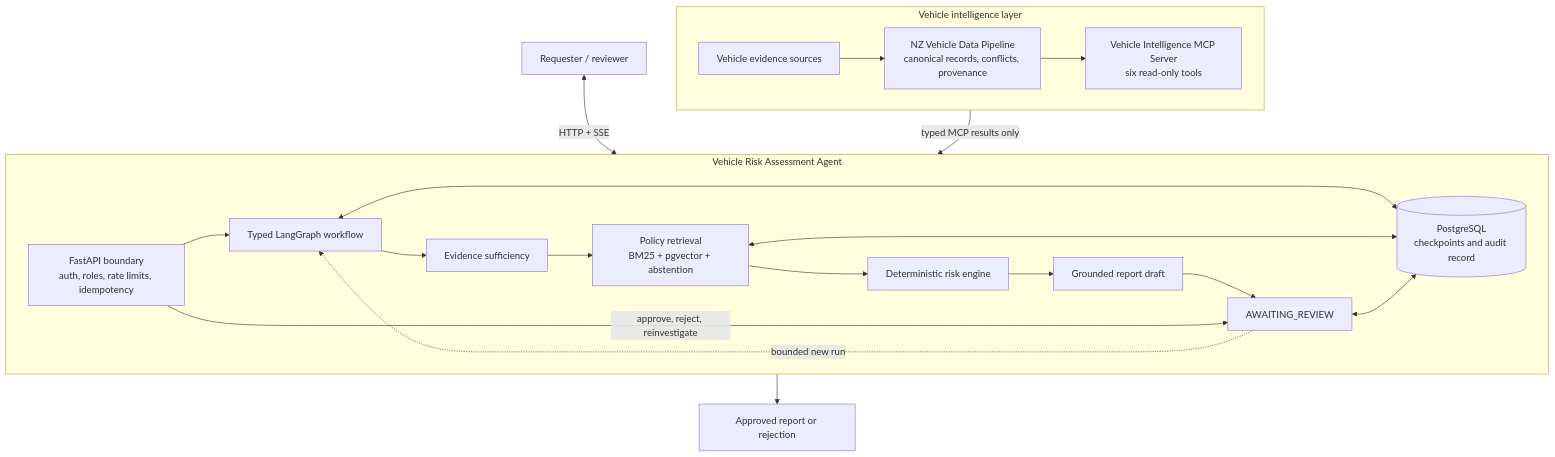
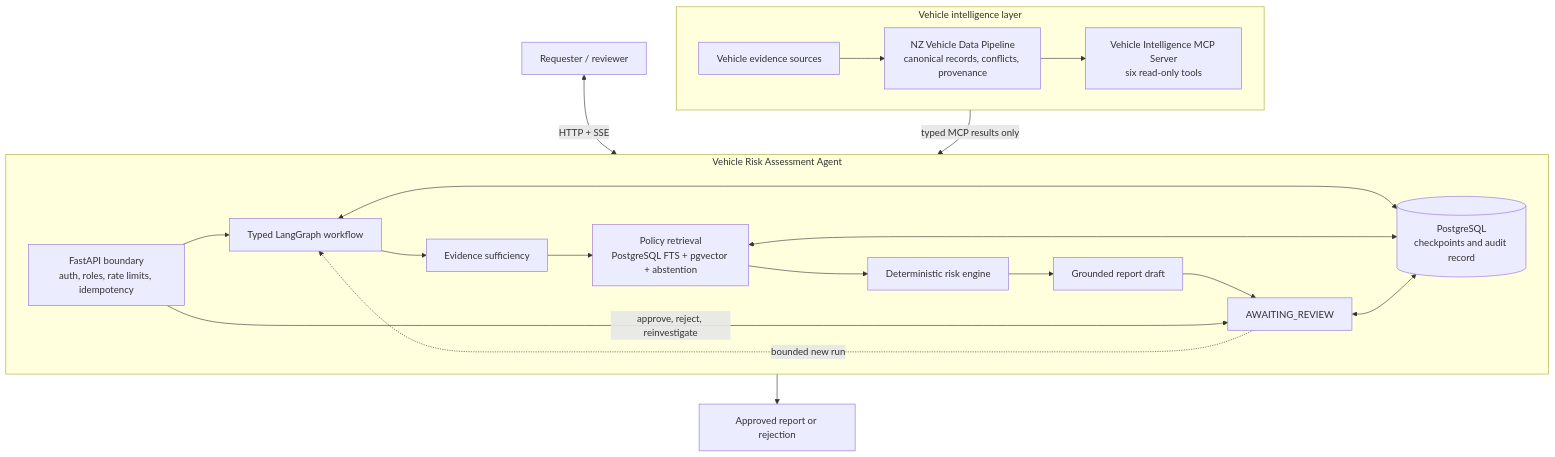
Before and after one commit to sovorn-c/vehicle-risk-agent: the first of 2 diagrams in README.md, drawn with Mermaid. The commit also changed other lines of this file and 4 other files, not shown here.

````diff
--- a/README.md
+++ b/README.md
@@ -74,29 +74,29 @@
 ```mermaid
 flowchart TB
     USER[Requester / reviewer] <-->|HTTP + SSE| API
 
     subgraph UPSTREAM[Vehicle intelligence layer]
         direction LR
         SOURCES[Vehicle evidence sources] --> PIPELINE[NZ Vehicle Data Pipeline<br/>canonical records, conflicts, provenance]
         PIPELINE --> MCP[Vehicle Intelligence MCP Server<br/>six read-only tools]
     end
 
     subgraph AGENT[Vehicle Risk Assessment Agent]
         direction LR
         API[FastAPI boundary<br/>auth, roles, rate limits, idempotency] --> GRAPH[Typed LangGraph workflow]
         GRAPH --> EVIDENCE[Evidence sufficiency]
-        EVIDENCE --> POLICY[Policy retrieval<br/>BM25 + pgvector + abstention]
+        EVIDENCE --> POLICY[Policy retrieval<br/>PostgreSQL FTS + pgvector + abstention]
         POLICY --> RISK[Deterministic risk engine]
         RISK --> DRAFT[Grounded report draft]
         DRAFT --> REVIEW[AWAITING_REVIEW]
         STORE[(PostgreSQL<br/>checkpoints and audit record)]
         GRAPH <--> STORE
         POLICY <--> STORE
         REVIEW <--> STORE
     end
 
     MCP -->|typed MCP results only| EVIDENCE
     API -->|approve, reject, reinvestigate| REVIEW
     REVIEW -.->|bounded new run| GRAPH
     REVIEW --> OUTCOME[Approved report or rejection]
 ```
````
